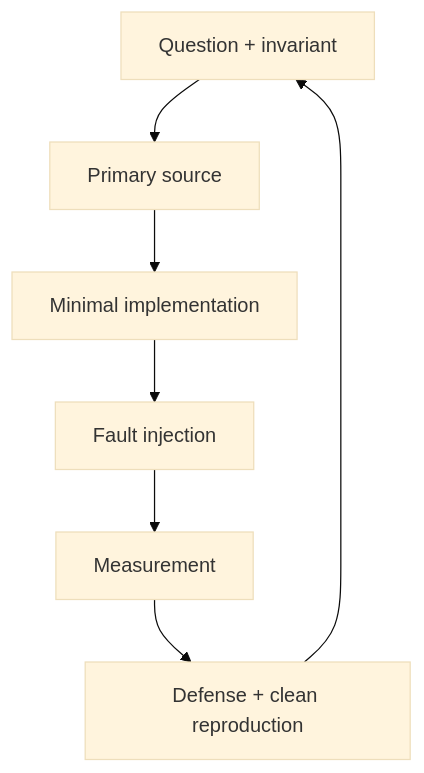
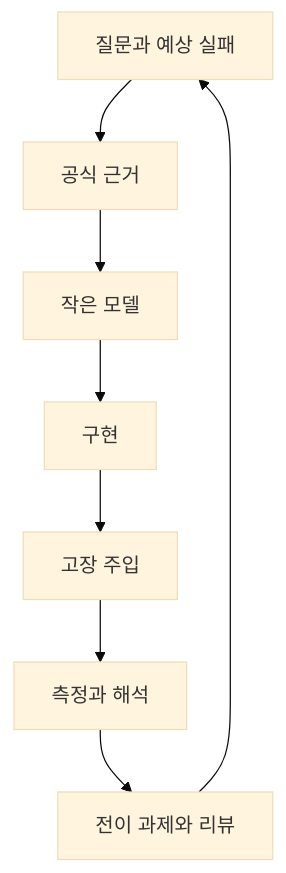
Before and after one commit to ThePo1es/adaptive-vehicle-platform-lab: the first of 2 diagrams in docs/learning-strategy.md, drawn with Mermaid (base theme). The commit also changed other lines of this file and 62 other files, not shown here.

````diff
--- a/docs/learning-strategy.md
+++ b/docs/learning-strategy.md
@@ -30,9 +5,10 @@
 ```mermaid
 flowchart TB
-    Q["Question + invariant"] --> S["Primary source"]
-    S --> I["Minimal implementation"]
-    I --> F["Fault injection"]
-    F --> M["Measurement"]
-    M --> D["Defense + clean reproduction"]
-    D --> Q
+    Q["질문과 예상 실패"] --> S["공식 근거"]
+    S --> M["작은 모델"]
+    M --> I["구현"]
+    I --> F["고장 주입"]
+    F --> E["측정과 해석"]
+    E --> R["전이 과제와 리뷰"]
+    R --> Q
 ```
````
